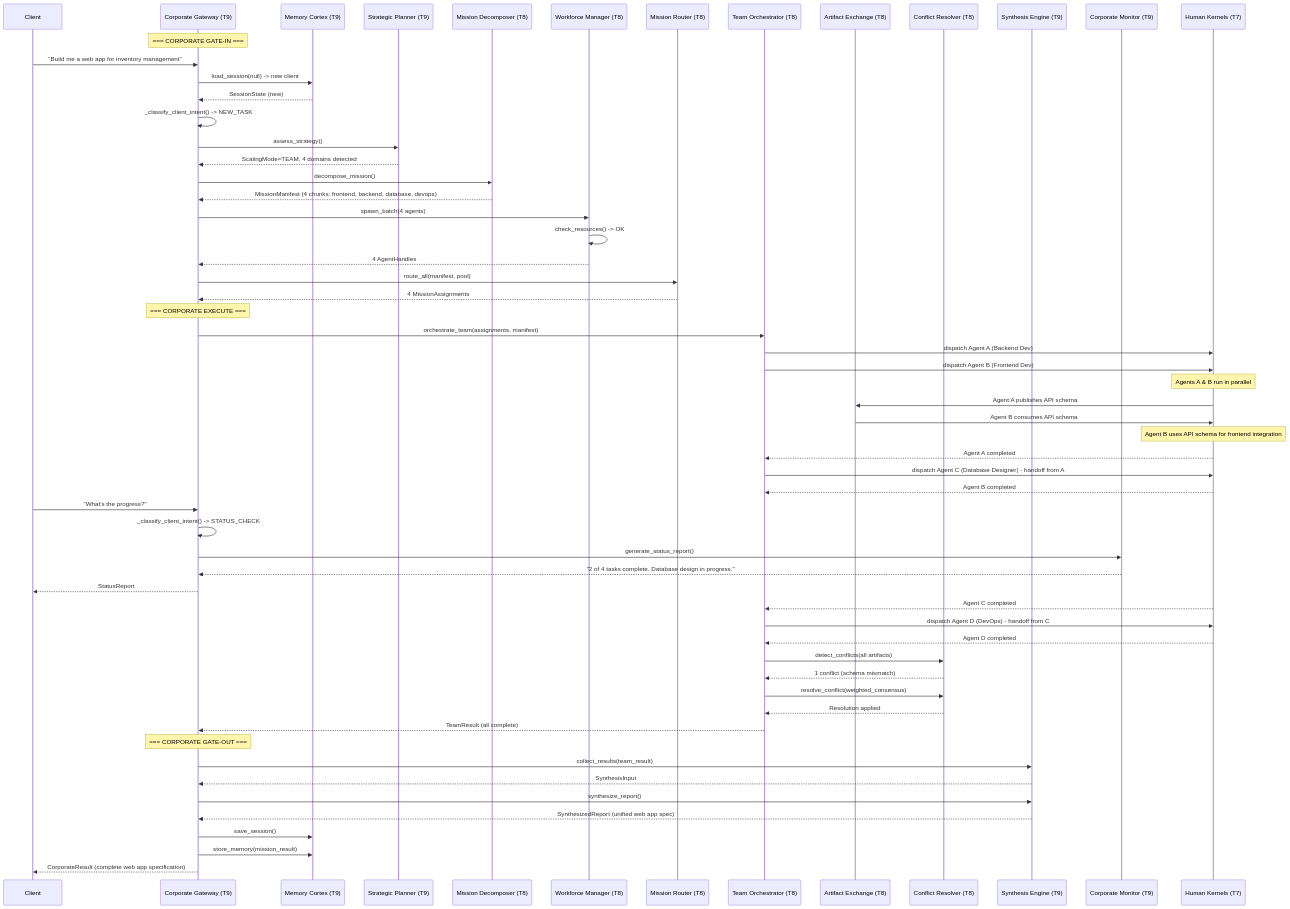
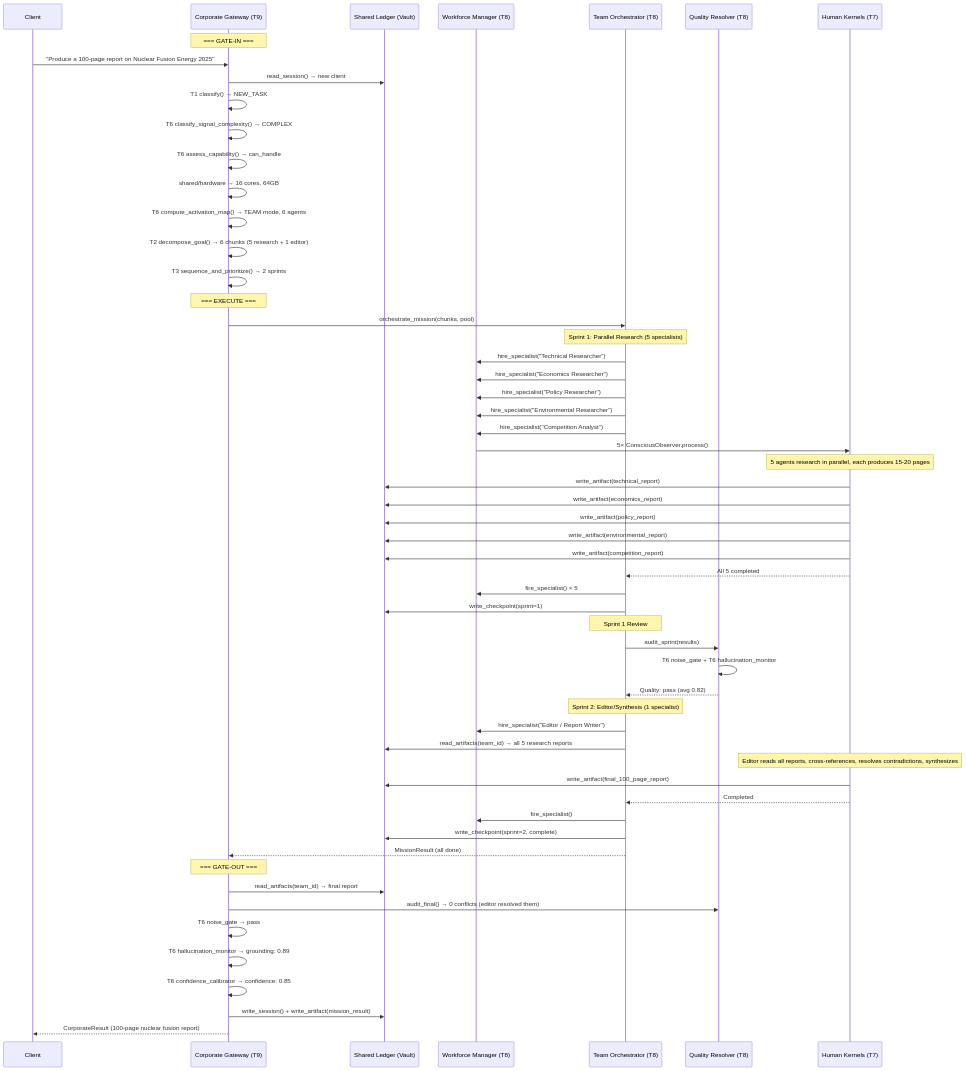
One commit to azzindani/Kea changed the second of 3 diagrams in redesign/tier_9_architecture.md. Above: the diagram before and after it, drawn with Mermaid. The commit also changed other lines of this file and 1 other file, not shown here.

````diff
--- a/redesign/tier_9_architecture.md
+++ b/redesign/tier_9_architecture.md
@@ -921,80 +529,69 @@
 ```mermaid
 sequenceDiagram
     participant Client
-    participant Gateway as Corporate Gateway (T9)
-    participant Memory as Memory Cortex (T9)
-    participant Planner as Strategic Planner (T9)
-    participant Decomposer as Mission Decomposer (T8)
-    participant Workforce as Workforce Manager (T8)
-    participant Router as Mission Router (T8)
-    participant Orchestrator as Team Orchestrator (T8)
-    participant Exchange as Artifact Exchange (T8)
-    participant Conflict as Conflict Resolver (T8)
-    participant Synthesis as Synthesis Engine (T9)
-    participant Monitor as Corporate Monitor (T9)
+    participant GW as Corporate Gateway (T9)
+    participant SL as Shared Ledger (Vault)
+    participant WM as Workforce Manager (T8)
+    participant TO as Team Orchestrator (T8)
+    participant QR as Quality Resolver (T8)
     participant HK as Human Kernels (T7)
 
-    Note over Gateway: === CORPORATE GATE-IN ===
+    Note over GW: === GATE-IN ===
+    Client->>GW: "Produce a 100-page report on Nuclear Fusion Energy 2025"
+    GW->>SL: read_session() → new client
+    GW->>GW: T1 classify() → NEW_TASK
+    GW->>GW: T6 classify_signal_complexity() → COMPLEX
+    GW->>GW: T6 assess_capability() → can_handle
+    GW->>GW: shared/hardware → 16 cores, 64GB
+    GW->>GW: T6 compute_activation_map() → TEAM mode, 6 agents
+    GW->>GW: T2 decompose_goal() → 6 chunks (5 research + 1 editor)
+    GW->>GW: T3 sequence_and_prioritize() → 2 sprints
 
-    Client->>Gateway: "Build me a web app for inventory management"
-    Gateway->>Memory: load_session(null) -> new client
-    Memory-->>Gateway: SessionState (new)
-    Gateway->>Gateway: _classify_client_intent() -> NEW_TASK
+    Note over GW: === EXECUTE ===
+    GW->>TO: orchestrate_mission(chunks, pool)
 
-    Gateway->>Planner: assess_strategy()
-    Planner-->>Gateway: ScalingMode=TEAM, 4 domains detected
+    Note over TO: Sprint 1: Parallel Research (5 specialists)
+    TO->>WM: hire_specialist("Technical Researcher")
+    TO->>WM: hire_specialist("Economics Researcher")
+    TO->>WM: hire_specialist("Policy Researcher")
+    TO->>WM: hire_specialist("Environmental Researcher")
+    TO->>WM: hire_specialist("Competition Analyst")
+    WM->>HK: 5× ConsciousObserver.process()
+    Note over HK: 5 agents research in parallel, each produces 15-20 pages
 
-    Gateway->>Decomposer: decompose_mission()
-    Decomposer-->>Gateway: MissionManifest (4 chunks: frontend, backend, database, devops)
+    HK->>SL: write_artifact(technical_report)
+    HK->>SL: write_artifact(economics_report)
+    HK->>SL: write_artifact(policy_report)
+    HK->>SL: write_artifact(environmental_report)
+    HK->>SL: write_artifact(competition_report)
 
-    Gateway->>Workforce: spawn_batch(4 agents)
-    Workforce->>Workforce: check_resources() -> OK
-    Workforce-->>Gateway: 4 AgentHandles
+    HK-->>TO: All 5 completed
+    TO->>WM: fire_specialist() × 5
+    TO->>SL: write_checkpoint(sprint=1)
 
-    Gateway->>Router: route_all(manifest, pool)
-    Router-->>Gateway: 4 MissionAssignments
+    Note over TO: Sprint 1 Review
+    TO->>QR: audit_sprint(results)
+    QR->>QR: T6 noise_gate + T6 hallucination_monitor
+    QR-->>TO: Quality: pass (avg 0.82)
 
-    Note over Gateway: === CORPORATE EXECUTE ===
+    Note over TO: Sprint 2: Editor/Synthesis (1 specialist)
+    TO->>WM: hire_specialist("Editor / Report Writer")
+    TO->>SL: read_artifacts(team_id) → all 5 research reports
+    Note over HK: Editor reads all reports, cross-references, resolves contradictions, synthesizes
 
-    Gateway->>Orchestrator: orchestrate_team(assignments, manifest)
-    Orchestrator->>HK: dispatch Agent A (Backend Dev)
-    Orchestrator->>HK: dispatch Agent B (Frontend Dev)
-    Note over HK: Agents A & B run in parallel
+    HK->>SL: write_artifact(final_100_page_report)
+    HK-->>TO: Completed
+    TO->>WM: fire_specialist()
+    TO->>SL: write_checkpoint(sprint=2, complete)
 
-    HK->>Exchange: Agent A publishes API schema
-    Exchange->>HK: Agent B consumes API schema
-    Note over HK: Agent B uses API schema for frontend integration
+    TO-->>GW: MissionResult (all done)
 
-    HK-->>Orchestrator: Agent A completed
-    Orchestrator->>HK: dispatch Agent C (Database Designer) - handoff from A
-    HK-->>Orchestrator: Agent B completed
-
-    Client->>Gateway: "What's the progress?"
-    Gateway->>Gateway: _classify_client_intent() -> STATUS_CHECK
-    Gateway->>Monitor: generate_status_report()
-    Monitor-->>Gateway: "2 of 4 tasks complete. Database design in progress."
-    Gateway-->>Client: StatusReport
-
-    HK-->>Orchestrator: Agent C completed
-    Orchestrator->>HK: dispatch Agent D (DevOps) - handoff from C
-    HK-->>Orchestrator: Agent D completed
-
-    Orchestrator->>Conflict: detect_conflicts(all artifacts)
-    Conflict-->>Orchestrator: 1 conflict (schema mismatch)
-    Orchestrator->>Conflict: resolve_conflict(weighted_consensus)
-    Conflict-->>Orchestrator: Resolution applied
-
-    Orchestrator-->>Gateway: TeamResult (all complete)
-
-    Note over Gateway: === CORPORATE GATE-OUT ===
-
-    Gateway->>Synthesis: collect_results(team_result)
-    Synthesis-->>Gateway: SynthesisInput
-    Gateway->>Synthesis: synthesize_report()
-    Synthesis-->>Gateway: SynthesizedReport (unified web app spec)
-
-    Gateway->>Memory: save_session()
-    Gateway->>Memory: store_memory(mission_result)
-
-    Gateway-->>Client: CorporateResult (complete web app specification)
+    Note over GW: === GATE-OUT ===
+    GW->>SL: read_artifacts(team_id) → final report
+    GW->>QR: audit_final() → 0 conflicts (editor resolved them)
+    GW->>GW: T6 noise_gate → pass
+    GW->>GW: T6 hallucination_monitor → grounding: 0.89
+    GW->>GW: T6 confidence_calibrator → confidence: 0.85
+    GW->>SL: write_session() + write_artifact(mission_result)
+    GW-->>Client: CorporateResult (100-page nuclear fusion report)
 ```
````
